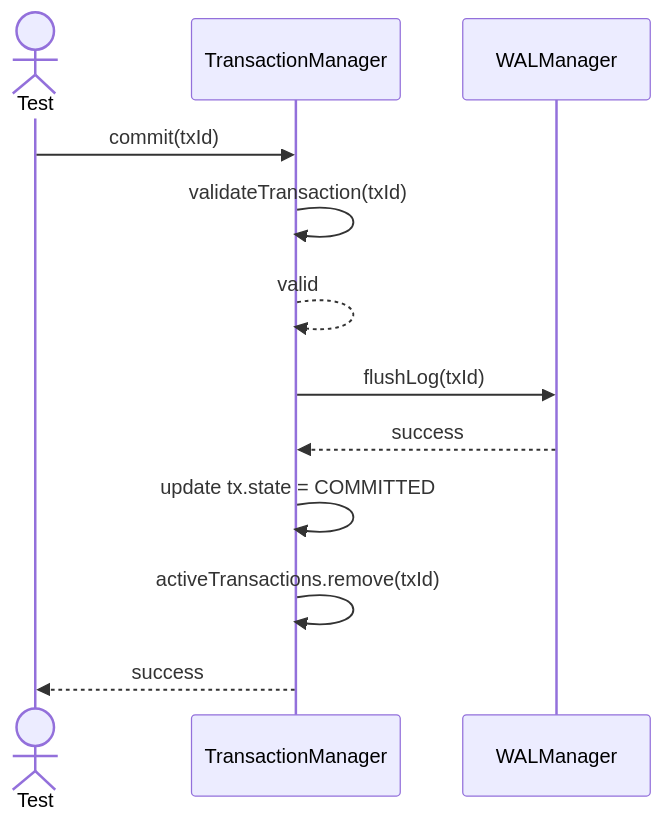
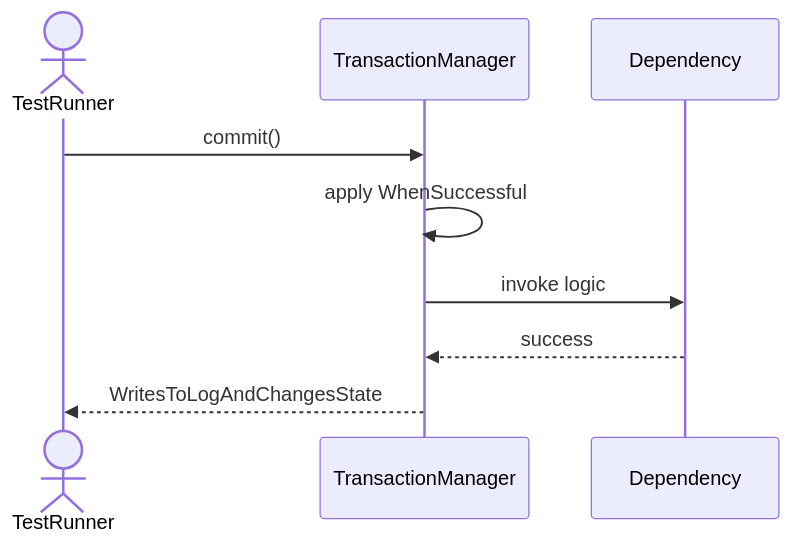
Before and after one commit to TamBui1706/DBMS: the second of 8 diagrams in Sequences/TransactionManagement/TransactionManager.md, drawn with Mermaid. The commit also changed other lines of this file and 63 other files, not shown here.

Commit message:
Draw sequence diagram for unit tests

````diff
--- a/Sequences/TransactionManagement/TransactionManager.md
+++ b/Sequences/TransactionManagement/TransactionManager.md
@@ -31,15 +35,10 @@
 ```mermaid
 sequenceDiagram
-    actor Test
+    actor TestRunner
     participant TransactionManager
-    participant WALManager
-
-    Test->>TransactionManager: commit(txId)
-    TransactionManager->>TransactionManager: validateTransaction(txId)
-    TransactionManager-->>TransactionManager: valid
-    TransactionManager->>WALManager: flushLog(txId)
-    WALManager-->>TransactionManager: success
-    TransactionManager->>TransactionManager: update tx.state = COMMITTED
-    TransactionManager->>TransactionManager: activeTransactions.remove(txId)
-    TransactionManager-->>Test: success
+    TestRunner->>TransactionManager: commit()
+    TransactionManager->>TransactionManager: apply WhenSuccessful
+    TransactionManager->>Dependency: invoke logic
+    Dependency-->>TransactionManager: success
+    TransactionManager-->>TestRunner: WritesToLogAndChangesState
 ```
````
